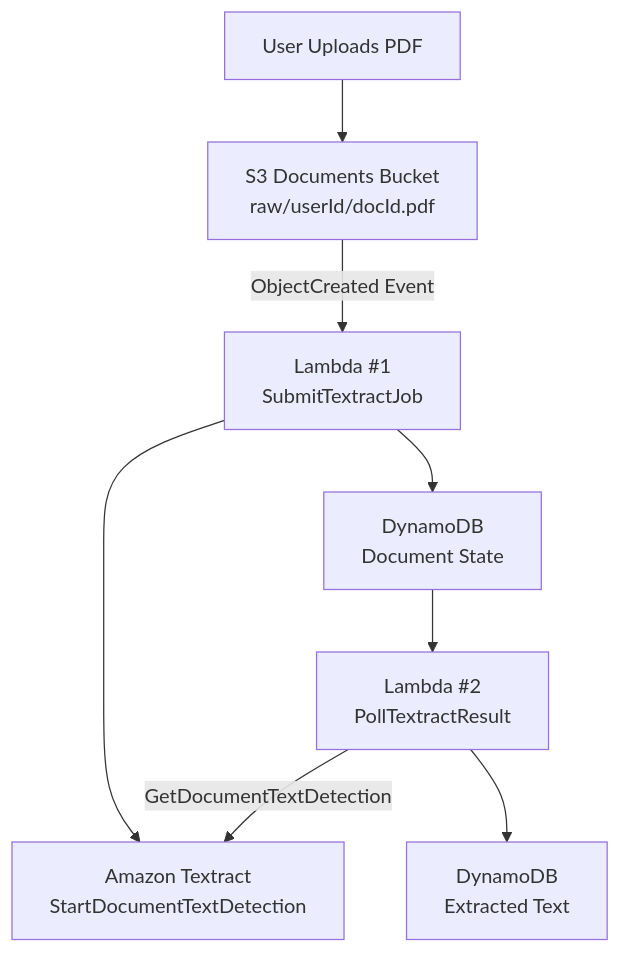
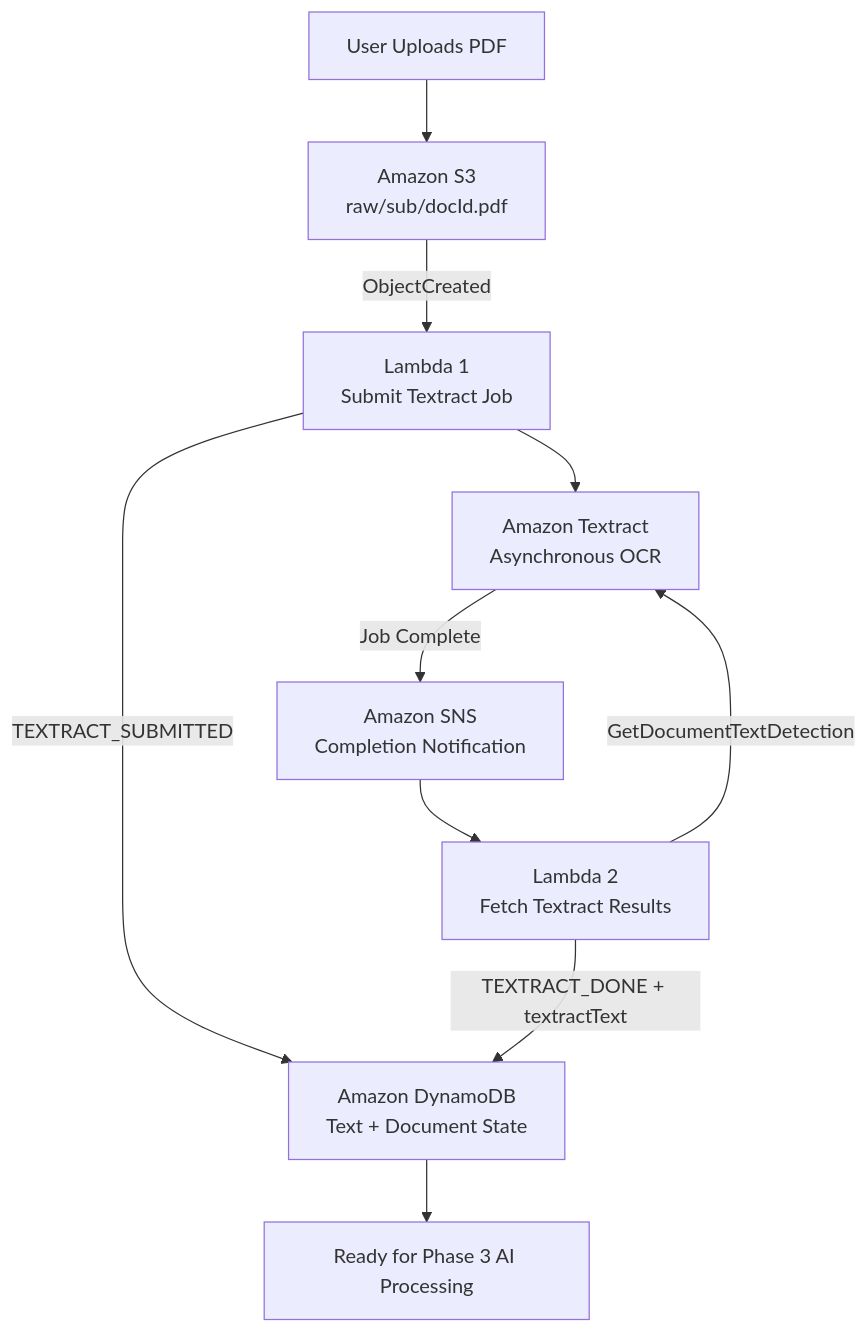
Before and after one commit to ahatata1/vocabulary-builder-mvp: the diagram in docs/phase-2.md, drawn with Mermaid. The commit also changed other lines of this file, not shown here.

Commit message:
docs: update Phase 2 event-driven architecture workflow

````diff
--- a/docs/phase-2.md
+++ b/docs/phase-2.md
@@ -46,27 +26,21 @@
 ```mermaid
 flowchart TD
-
     U[User Uploads PDF]
-
-    S3[S3 Documents Bucket<br/>raw/userId/docId.pdf]
-
-    L1[Lambda #1<br/>SubmitTextractJob]
-
-    TX[Amazon Textract<br/>StartDocumentTextDetection]
-
-    DB1[DynamoDB<br/>Document State]
-
-    L2[Lambda #2<br/>PollTextractResult]
-
-    DB2[DynamoDB<br/>Extracted Text]
+    S3[Amazon S3<br/>raw/sub/docId.pdf]
+    L1[Lambda 1<br/>Submit Textract Job]
+    TX[Amazon Textract<br/>Asynchronous OCR]
+    SNS[Amazon SNS<br/>Completion Notification]
+    L2[Lambda 2<br/>Fetch Textract Results]
+    DB[Amazon DynamoDB<br/>Text + Document State]
+    AI[Ready for Phase 3 AI Processing]
 
     U --> S3
-    S3 -->|ObjectCreated Event| L1
-
+    S3 -->|ObjectCreated| L1
     L1 --> TX
-    L1 --> DB1
-
-    DB1 --> L2
+    L1 -->|TEXTRACT_SUBMITTED| DB
+    TX -->|Job Complete| SNS
+    SNS --> L2
     L2 -->|GetDocumentTextDetection| TX
-    L2 --> DB2
+    L2 -->|TEXTRACT_DONE + textractText| DB
+    DB --> AI
 ```
````
